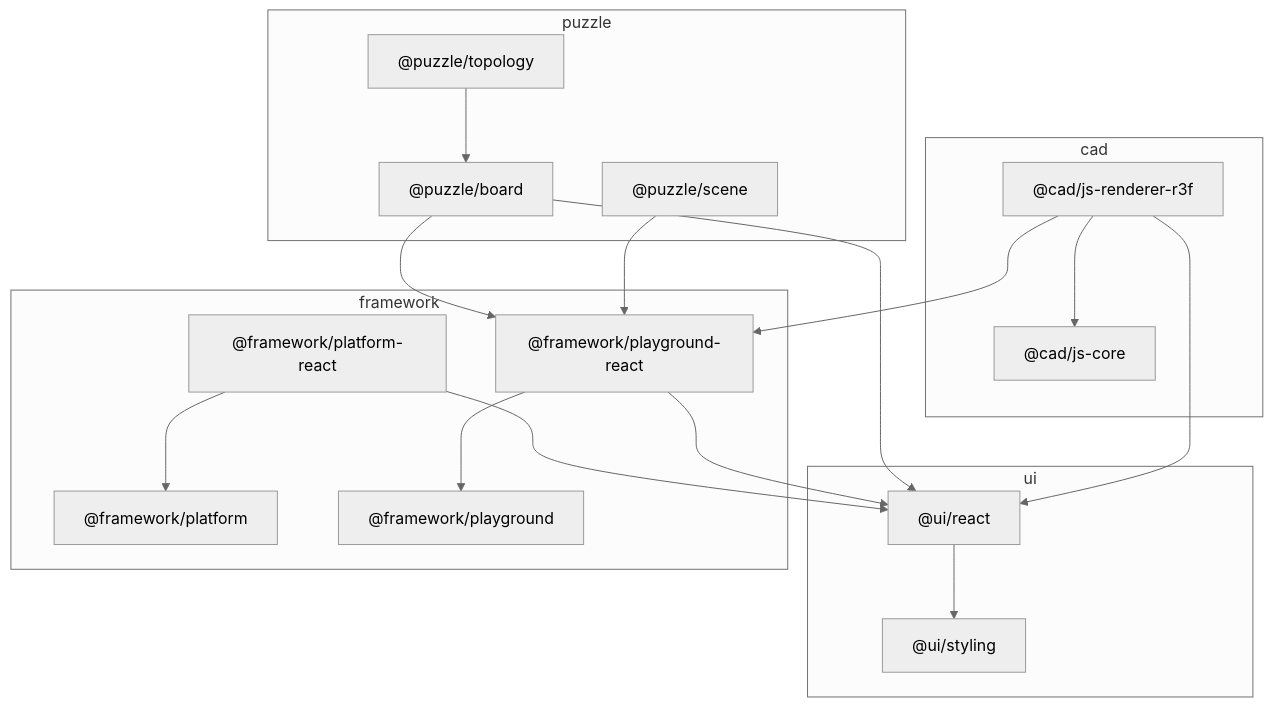
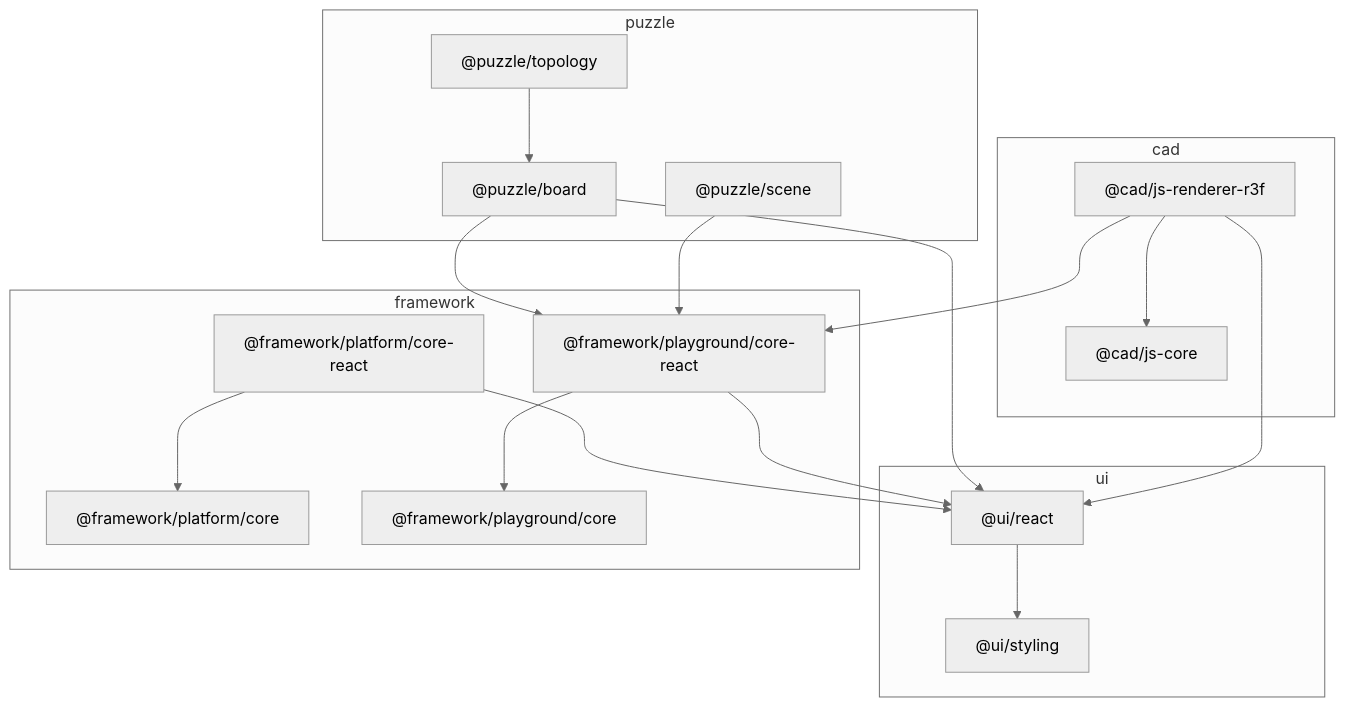
Before and after one commit to usalu/semio: the diagram in .cursor/plans/folder_structure_migration_2c56af58.plan.md, drawn with Mermaid (neutral theme). The commit also changed other lines of this file and 1035 other files, not shown here.

````diff
--- a/.cursor/plans/folder_structure_migration_2c56af58.plan.md
+++ b/.cursor/plans/folder_structure_migration_2c56af58.plan.md
@@ -74,34 +74,34 @@
 ```mermaid
 flowchart TB
   subgraph ui [ui]
     UIR["@ui/react"]
     UIS["@ui/styling"]
     UIR --> UIS
   end
   subgraph fw [framework]
-    FP["@framework/platform"]
-    FPR["@framework/platform-react"]
-    PG["@framework/playground"]
-    PGR["@framework/playground-react"]
+    FP["@framework/platform/core"]
+    FPR["@framework/platform/core-react"]
+    PG["@framework/playground/core"]
+    PGR["@framework/playground/core-react"]
     FPR --> FP
     FPR --> UIR
     PGR --> PG
     PGR --> UIR
   end
   subgraph pz [puzzle]
     BRD["@puzzle/board"]
     SCN["@puzzle/scene"]
     TOP["@puzzle/topology"]
     BRD --> UIR
     BRD --> PGR
     SCN --> PGR
     TOP --> BRD
   end
   subgraph cad [cad]
     CR["@cad/js-renderer-r3f"]
     CC["@cad/js-core"]
     CR --> CC
     CR --> PGR
     CR --> UIR
   end
 ```
````
